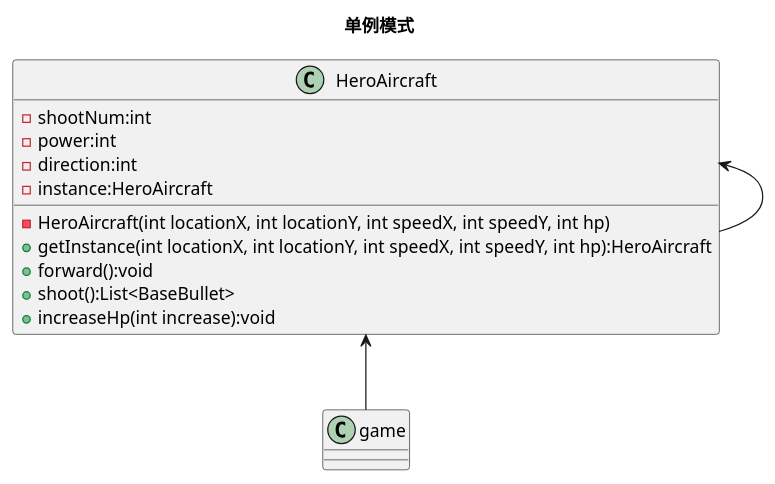
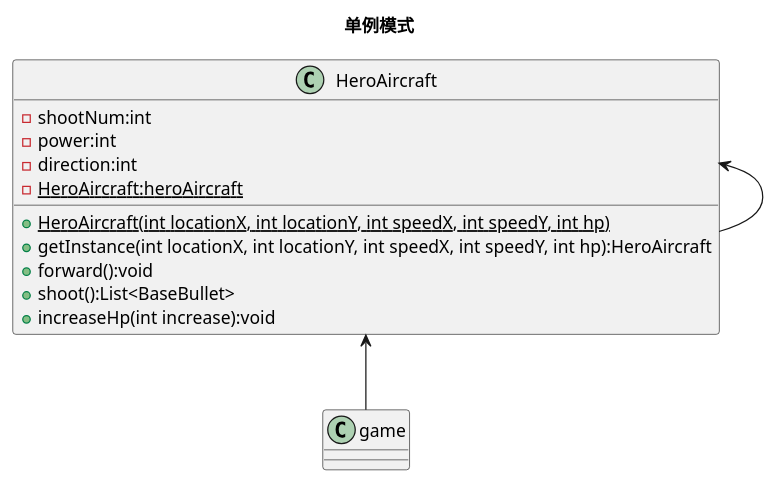
One commit to LIMINGNING/aircraft_war changed the diagram in uml/singleton.puml. Above: the diagram before and after it, drawn with PlantUML. The commit also changed 1 other file, not shown here.

```diff
--- a/uml/singleton.puml
+++ b/uml/singleton.puml
@@ -1,20 +1,20 @@
 @startuml
 'https://plantuml.com/class-diagram
 title:单例模式
 
 class HeroAircraft {
     - shootNum:int
     - power:int
     - direction:int
-    - instance:HeroAircraft
-    - HeroAircraft(int locationX, int locationY, int speedX, int speedY, int hp)
+    - {static} HeroAircraft:heroAircraft
+    + {static} HeroAircraft(int locationX, int locationY, int speedX, int speedY, int hp)
     + getInstance(int locationX, int locationY, int speedX, int speedY, int hp):HeroAircraft
     + forward():void
     + shoot():List<BaseBullet>
     + increaseHp(int increase):void
 }
 
 HeroAircraft <-- HeroAircraft
 HeroAircraft <-- game
 
 @enduml
```
